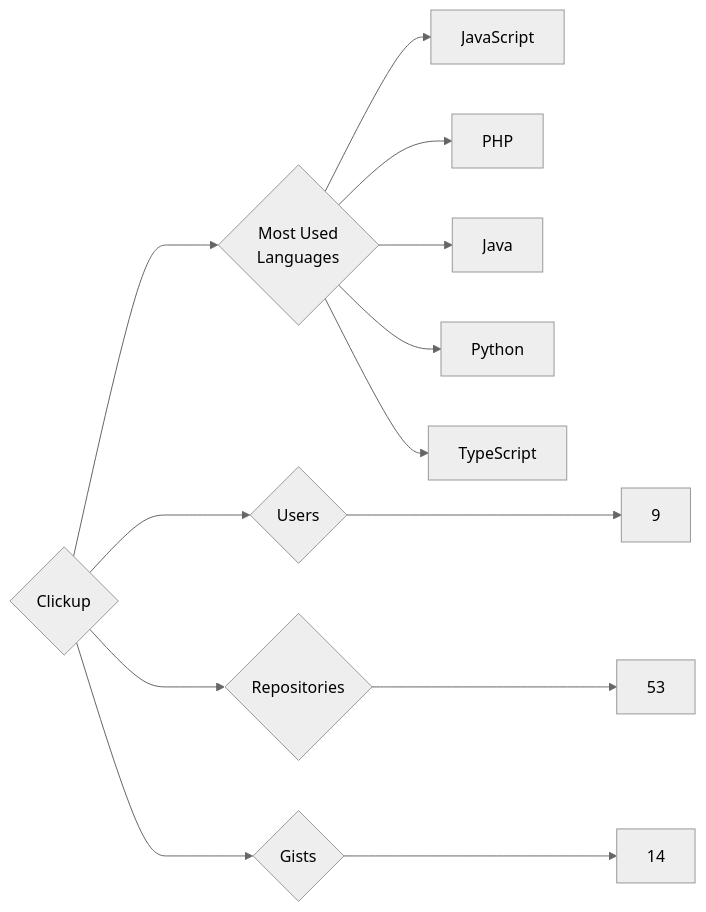
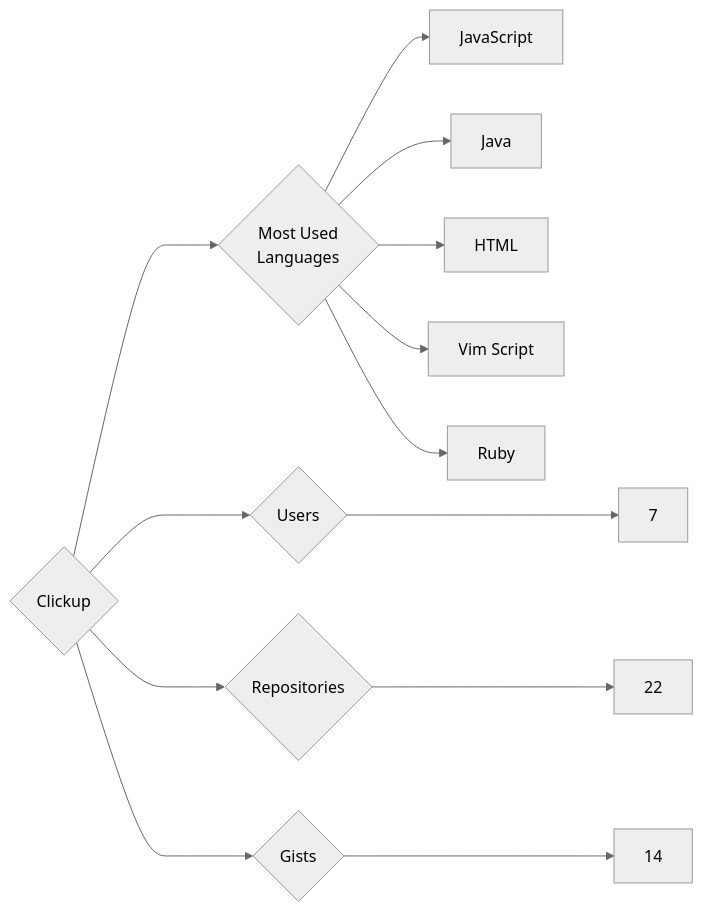
One commit to trickest/insiders changed the diagram in targets/Clickup/README.md. Above: the diagram before and after it, drawn with Mermaid (neutral theme). The commit also changed 1148 other files, not shown here.

````diff
--- a/targets/Clickup/README.md
+++ b/targets/Clickup/README.md
@@ -3,13 +3,13 @@
 ```mermaid
 graph LR
 COMPANY_NAME{Clickup}
-COMPANY_NAME ---> U{Users} ---> UN[9]
-COMPANY_NAME ---> R{Repositories} ---> RN[53]
+COMPANY_NAME ---> U{Users} ---> UN[7]
+COMPANY_NAME ---> R{Repositories} ---> RN[22]
 COMPANY_NAME ---> G{Gists} ---> GN[14]
 COMPANY_NAME ---> ML{Most Used<br>Languages}
 ML --> JavaScript[JavaScript]
-ML --> PHP[PHP]
 ML --> Java[Java]
-ML --> Python[Python]
-ML --> TypeScript[TypeScript]
+ML --> HTML[HTML]
+ML --> Vim_Script[Vim Script]
+ML --> Ruby[Ruby]
 ```
````
